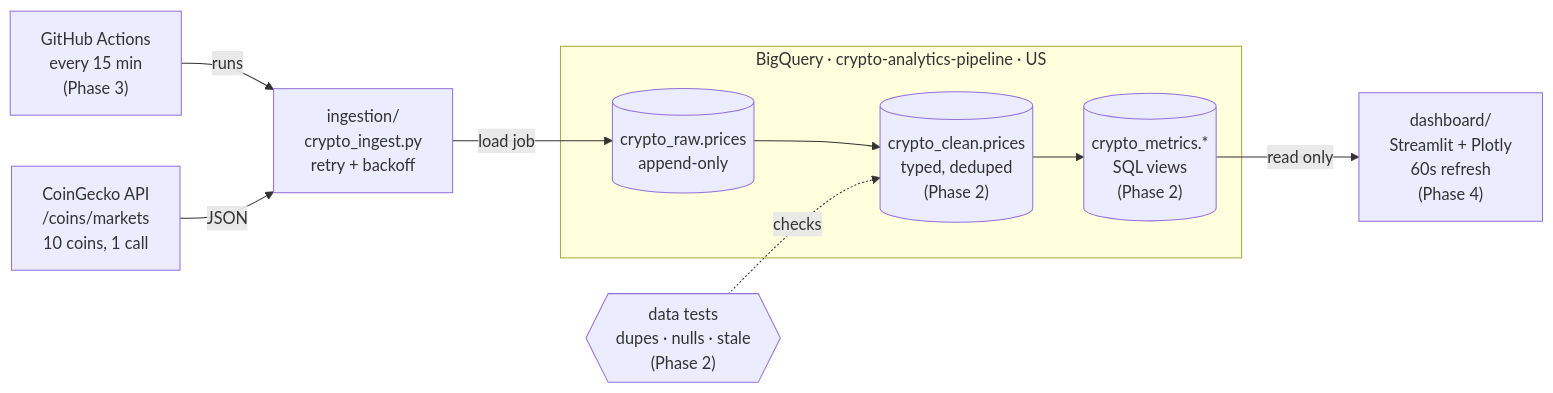
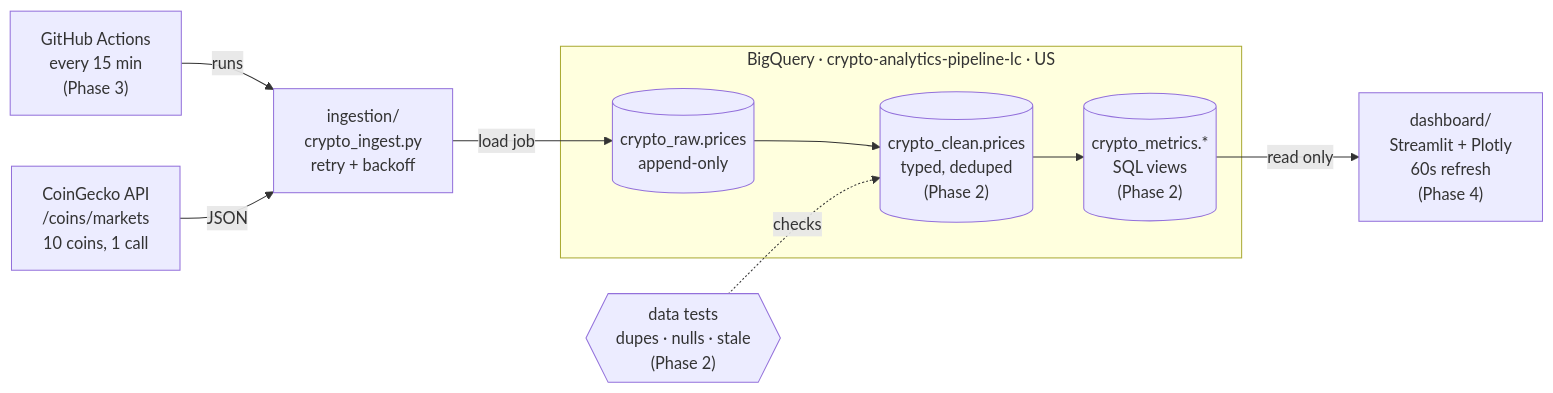
One commit to imtheeon/crypto-analytics-pipeline changed the diagram in docs/architecture.md. Above: the diagram before and after it, drawn with Mermaid. The commit also changed 3 other files, not shown here.

Commit message:
Use project ID crypto-analytics-pipeline-lc

````diff
--- a/docs/architecture.md
+++ b/docs/architecture.md
@@ -3,20 +3,20 @@
 ```mermaid
 flowchart LR
     CG["CoinGecko API<br/>/coins/markets<br/>10 coins, 1 call"]
     GA["GitHub Actions<br/>every 15 min<br/>(Phase 3)"]
     PY["ingestion/<br/>crypto_ingest.py<br/>retry + backoff"]
-    subgraph BQ["BigQuery · crypto-analytics-pipeline · US"]
+    subgraph BQ["BigQuery · crypto-analytics-pipeline-lc · US"]
         RAW[("crypto_raw.prices<br/>append-only")]
         CLEAN[("crypto_clean.prices<br/>typed, deduped<br/>(Phase 2)")]
         MET[("crypto_metrics.*<br/>SQL views<br/>(Phase 2)")]
     end
     T{{"data tests<br/>dupes · nulls · stale<br/>(Phase 2)"}}
     DASH["dashboard/<br/>Streamlit + Plotly<br/>60s refresh<br/>(Phase 4)"]
 
     GA -->|runs| PY
     CG -->|JSON| PY
     PY -->|load job| RAW
     RAW --> CLEAN --> MET
     T -. checks .-> CLEAN
     MET -->|read only| DASH
 ```
````
